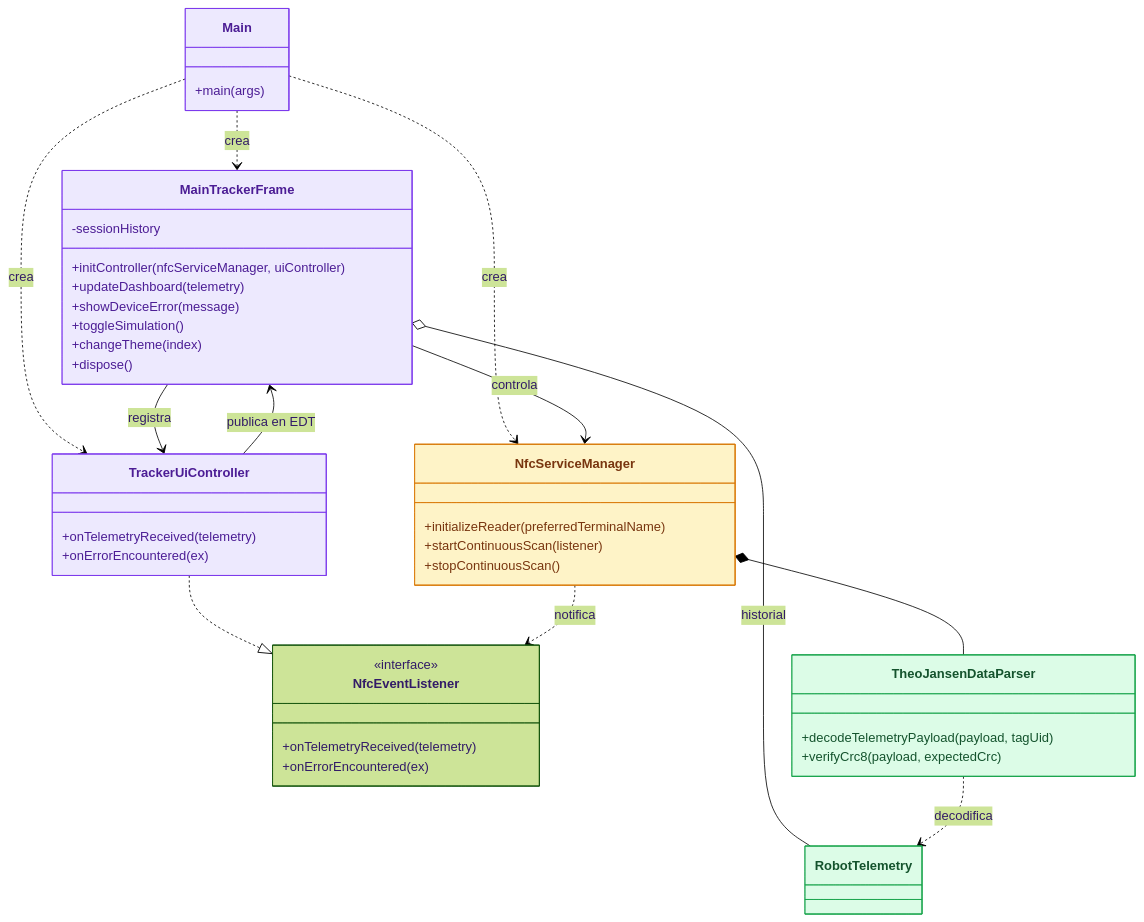
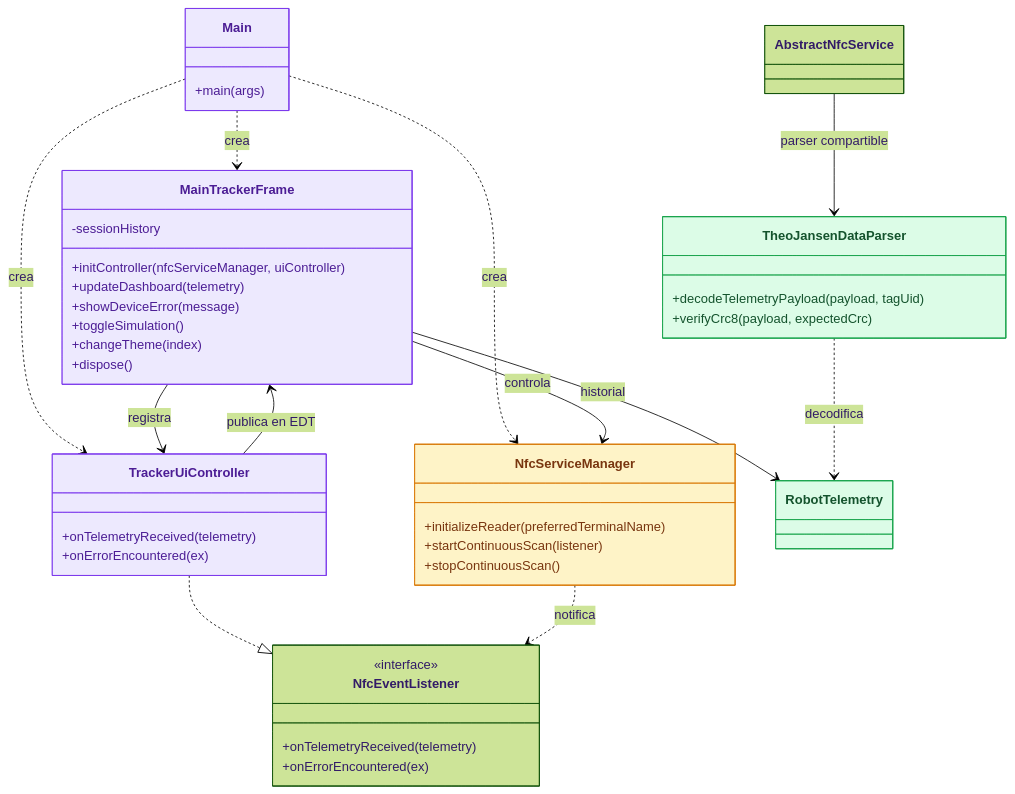
The sixth of 15 diagrams in README.md (RamsesCB/heliostrand-nfc-core-cpp), drawn with Mermaid (forest theme) before and after one commit. The commit also changed other lines of this file and 23 other files, not shown here.

Commit message:
docs(uml): ordenar conexiones en Astah y Draw.io y sincronizar modelos

````diff
--- a/README.md
+++ b/README.md
@@ -216,52 +216,52 @@
 ```mermaid
 classDiagram
     direction TB
     class Main {
         +main(args)
     }
     class MainTrackerFrame {
         -sessionHistory
         +initController(nfcServiceManager, uiController)
         +updateDashboard(telemetry)
         +showDeviceError(message)
         +toggleSimulation()
         +changeTheme(index)
         +dispose()
     }
     class TrackerUiController {
         +onTelemetryReceived(telemetry)
         +onErrorEncountered(ex)
     }
     class NfcEventListener {
         <<interface>>
         +onTelemetryReceived(telemetry)
         +onErrorEncountered(ex)
     }
     class NfcServiceManager {
         +initializeReader(preferredTerminalName)
         +startContinuousScan(listener)
         +stopContinuousScan()
     }
     class TheoJansenDataParser {
         +decodeTelemetryPayload(payload, tagUid)
         +verifyCrc8(payload, expectedCrc)
     }
     class RobotTelemetry
     Main ..> MainTrackerFrame : crea
     Main ..> TrackerUiController : crea
     Main ..> NfcServiceManager : crea
     MainTrackerFrame --> NfcServiceManager : controla
     MainTrackerFrame --> TrackerUiController : registra
-    MainTrackerFrame o-- RobotTelemetry : historial
+    MainTrackerFrame --> RobotTelemetry : historial
     TrackerUiController ..|> NfcEventListener
     TrackerUiController --> MainTrackerFrame : publica en EDT
     NfcServiceManager ..> NfcEventListener : notifica
-    NfcServiceManager *-- TheoJansenDataParser
+    AbstractNfcService --> TheoJansenDataParser : parser compartible
     TheoJansenDataParser ..> RobotTelemetry : decodifica
     style Main fill:#EDE9FE,color:#4C1D95,stroke:#7C3AED
     style MainTrackerFrame fill:#EDE9FE,color:#4C1D95,stroke:#7C3AED
     style TrackerUiController fill:#EDE9FE,color:#4C1D95,stroke:#7C3AED
     style NfcServiceManager fill:#FEF3C7,color:#78350F,stroke:#D97706
     style TheoJansenDataParser fill:#DCFCE7,color:#14532D,stroke:#16A34A
     style RobotTelemetry fill:#DCFCE7,color:#14532D,stroke:#16A34A
 ```
````
